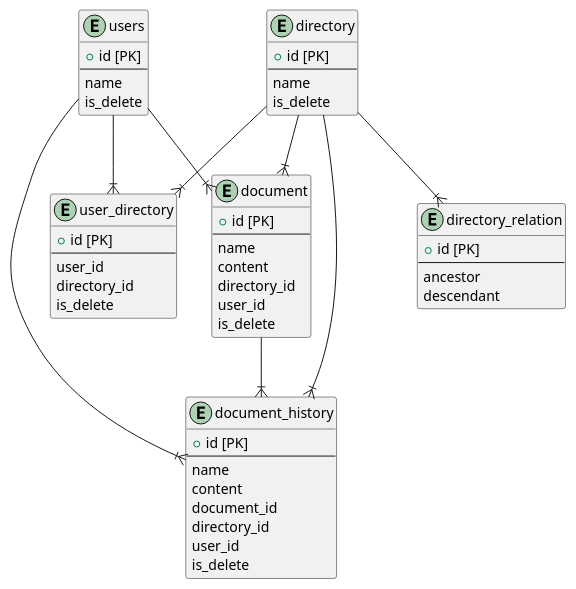
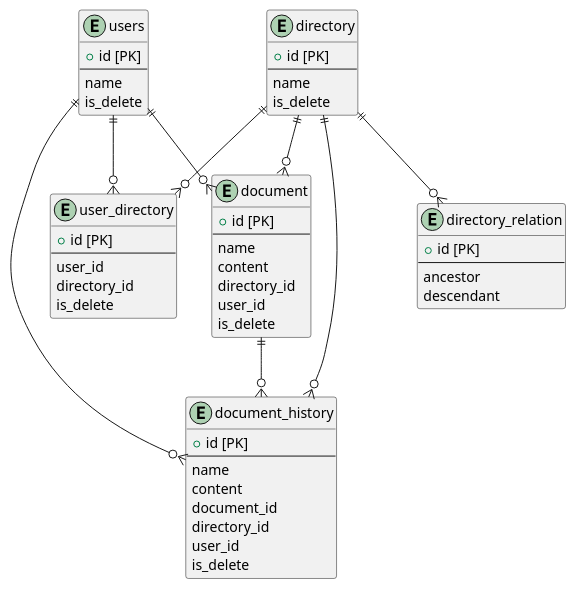
One commit to tasdsn/praha changed the diagram in 03/db_modeling3.puml. Above: the diagram before and after it, drawn with PlantUML. The commit also changed 3 other files, not shown here.

```diff
--- a/03/db_modeling3.puml
+++ b/03/db_modeling3.puml
@@ -1,66 +1,67 @@
 @startuml
 '03_DBモデリング3
+' 閉包テーブル
 
 entity users {
   + id [PK]
   --
   name
   is_delete
 }
 
 entity user_directory {
   + id [PK]
   --
   user_id
   directory_id
   is_delete
 }
 
 entity directory {
   + id [PK]
   --
   name
   is_delete
 }
 
 entity directory_relation {
   + id [PK]
   --
   ancestor
   descendant
 }
 
 entity document {
   + id [PK]
   --
   name
   content
   directory_id
   user_id
   is_delete
 }
 
 entity document_history {
   + id [PK]
   --
   name
   content
   document_id
   directory_id
   user_id
   is_delete
 }
 
-users      --|{ user_directory
-directory  --|{ user_directory
-users  --|{ document
-directory  --|{ document
-users  --|{ document_history
-directory  --|{ document_history
-directory  --|{ directory_relation
-document   --|{ document_history
+users      ||--o{ user_directory
+directory  ||--o{ user_directory
+users  ||--o{ document
+directory  ||--o{ document
+users  ||--o{ document_history
+directory  ||--o{ document_history
+directory  ||--o{ directory_relation
+document   ||--o{ document_history
 
 '参考
 ' https://qiita.com/fktnkit/items/57033c10b41b5747dbea#%E4%BB%A3%E6%9B%BF%E3%83%84%E3%83%AA%E3%83%BC%E3%83%A2%E3%83%87%E3%83%AB
 
 @enduml
```
